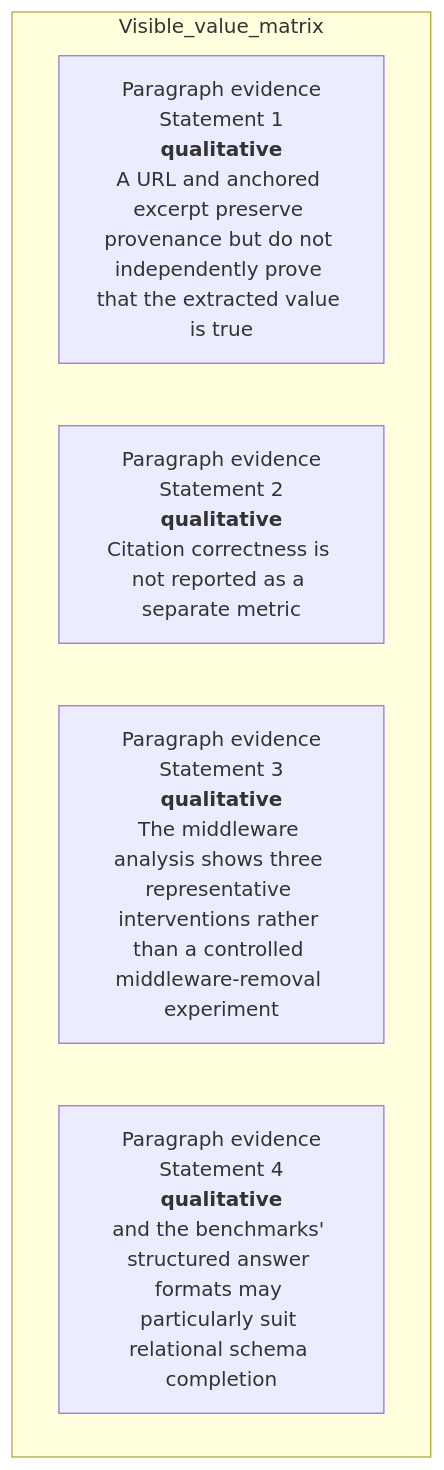
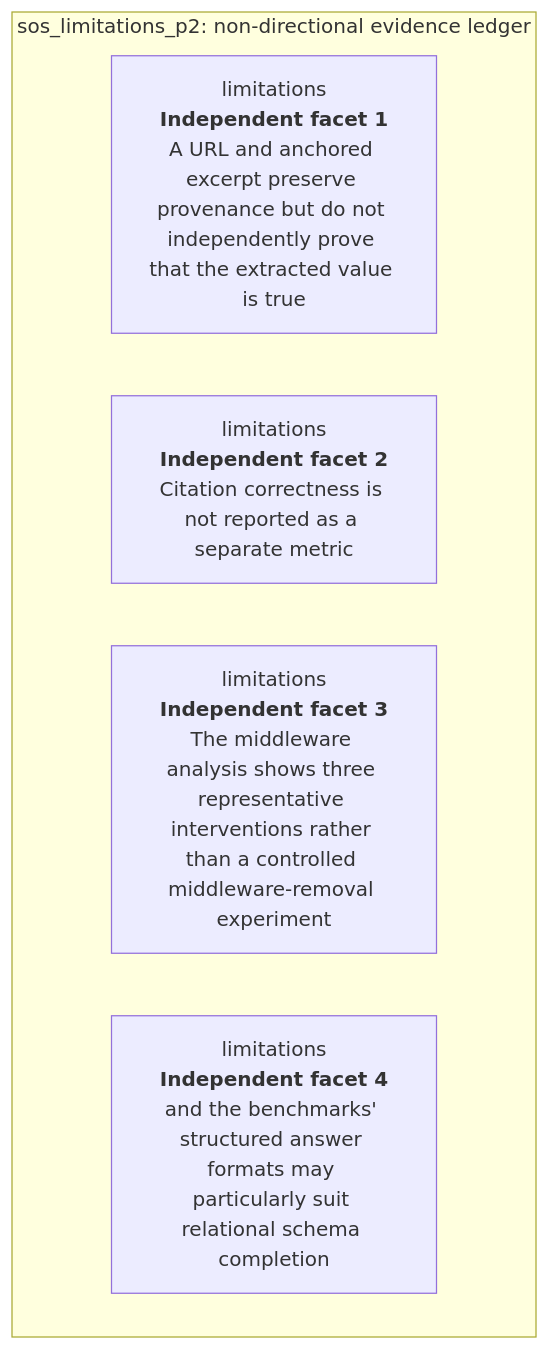
Before and after one commit to Betancourt1/paper_atlas: diagram 41 of 51 in docs/visual-manifests/VISUAL_MANIFEST_SEARCHOS_V1.md, drawn with Mermaid. The commit also changed other lines of this file and 7 other files, not shown here.

````diff
--- a/docs/visual-manifests/VISUAL_MANIFEST_SEARCHOS_V1.md
+++ b/docs/visual-manifests/VISUAL_MANIFEST_SEARCHOS_V1.md
@@ -3470,9 +3483,9 @@
 ```mermaid
 flowchart TB
-  subgraph Visible_value_matrix
-    r1["Paragraph evidence<br/>Statement 1<br/><b>qualitative</b><br/>A URL and anchored excerpt preserve provenance but do not independently prove that the extracted value is true"]
-    r2["Paragraph evidence<br/>Statement 2<br/><b>qualitative</b><br/>Citation correctness is not reported as a separate metric"]
-    r3["Paragraph evidence<br/>Statement 3<br/><b>qualitative</b><br/>The middleware analysis shows three representative interventions rather than a controlled middleware-removal experiment"]
-    r4["Paragraph evidence<br/>Statement 4<br/><b>qualitative</b><br/>and the benchmarks' structured answer formats may particularly suit relational schema completion"]
+  subgraph Ledger["sos_limitations_p2: non-directional evidence ledger"]
+    r1["limitations<br/><b>Independent facet 1</b><br/>A URL and anchored excerpt preserve provenance but do not independently prove that the extracted value is true"]
+    r2["limitations<br/><b>Independent facet 2</b><br/>Citation correctness is not reported as a separate metric"]
+    r3["limitations<br/><b>Independent facet 3</b><br/>The middleware analysis shows three representative interventions rather than a controlled middleware-removal experiment"]
+    r4["limitations<br/><b>Independent facet 4</b><br/>and the benchmarks' structured answer formats may particularly suit relational schema completion"]
   end
 ```
````
